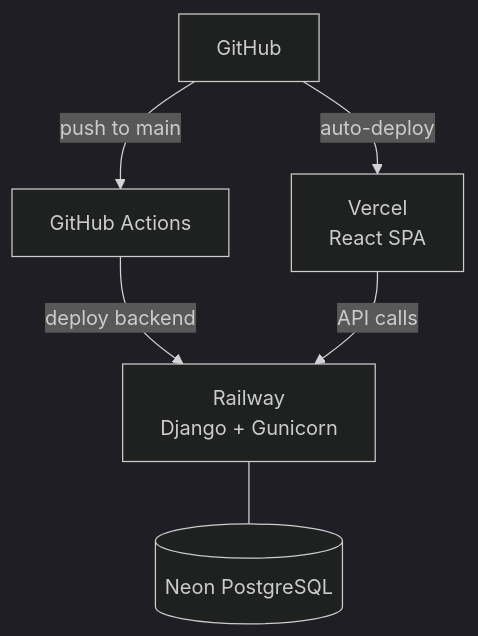
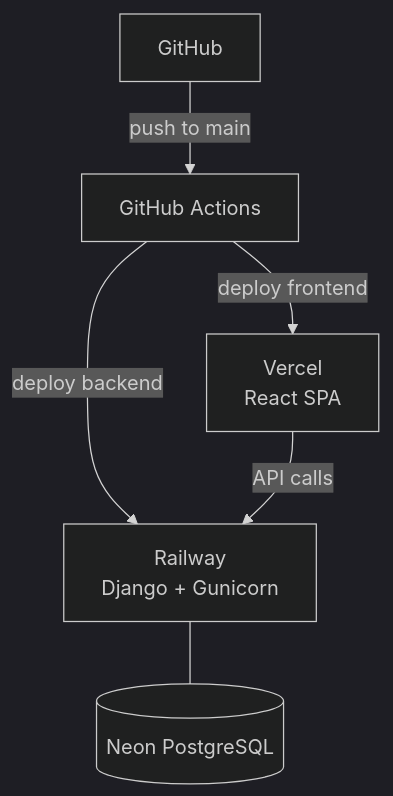
The fourth of 4 diagrams in README.md (passkey1510/kindo-challenge), drawn with Mermaid (dark theme) before and after one commit. The commit also changed other lines of this file, not shown here.

Commit message:
fix: correct README deployment diagram to show Vercel deploys via GitHub Actions

````diff
--- a/README.md
+++ b/README.md
@@ -230,8 +230,8 @@
 ```mermaid
 graph TB
   GH[GitHub] -->|push to main| GHA[GitHub Actions]
   GHA -->|deploy backend| Railway[Railway<br/>Django + Gunicorn]
-  GH -->|auto-deploy| Vercel[Vercel<br/>React SPA]
+  GHA -->|deploy frontend| Vercel[Vercel<br/>React SPA]
   Railway --- Neon[(Neon PostgreSQL)]
   Vercel -->|API calls| Railway
 ```
````
